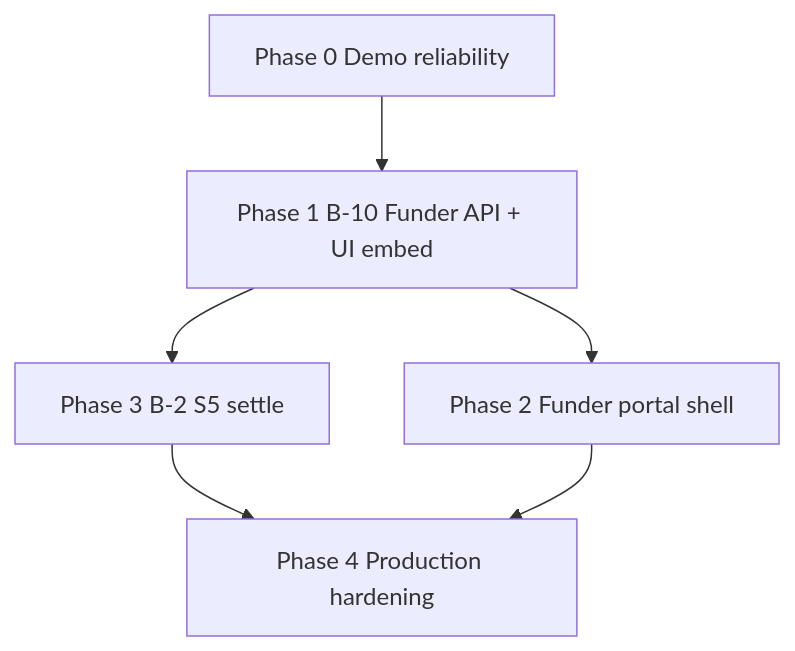
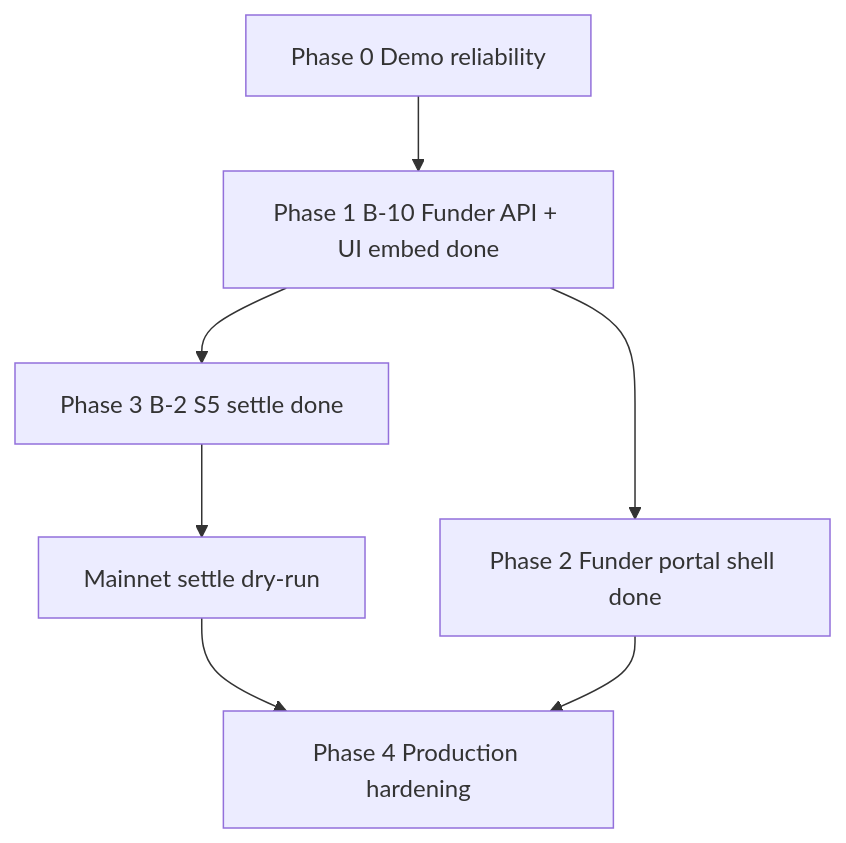
One commit to Axon-Enjin/axial changed the second of 2 diagrams in docs/alignment-plan-axial.md. Above: the diagram before and after it, drawn with Mermaid. The commit also changed other lines of this file and 9 other files, not shown here.

````diff
--- a/docs/alignment-plan-axial.md
+++ b/docs/alignment-plan-axial.md
@@ -271,14 +271,16 @@
 ```mermaid
 flowchart TD
   P0[Phase 0 Demo reliability]
-  B10[Phase 1 B-10 Funder API + UI embed]
-  B10b[Phase 2 Funder portal shell]
-  S5[Phase 3 B-2 S5 settle]
+  B10[Phase 1 B-10 Funder API + UI embed done]
+  B10b[Phase 2 Funder portal shell done]
+  S5[Phase 3 B-2 S5 settle done]
   P1[Phase 4 Production hardening]
+  Verify[Mainnet settle dry-run]
 
   P0 --> B10
   B10 --> B10b
   B10 --> S5
-  S5 --> P1
+  S5 --> Verify
+  Verify --> P1
   B10b --> P1
 ```
````
